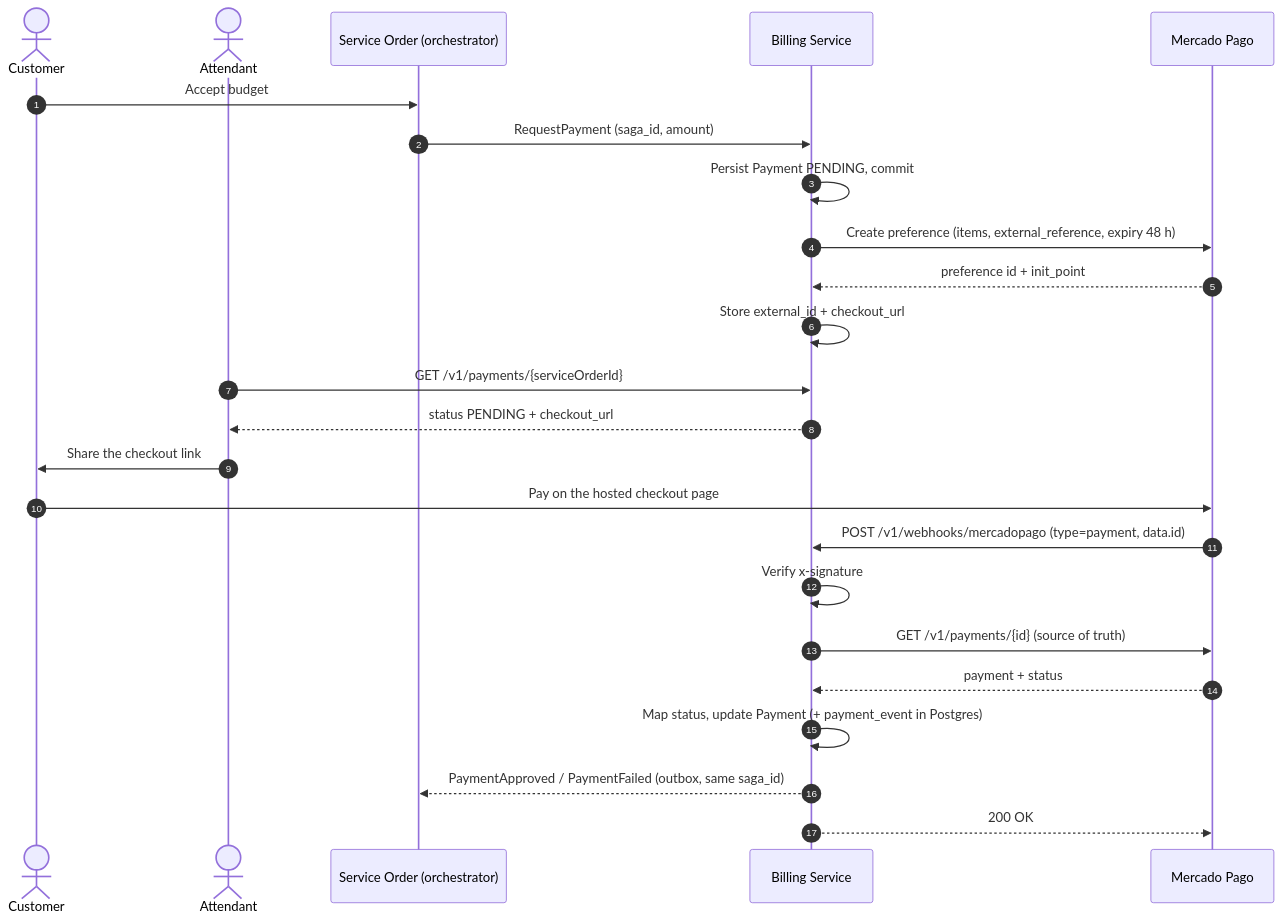
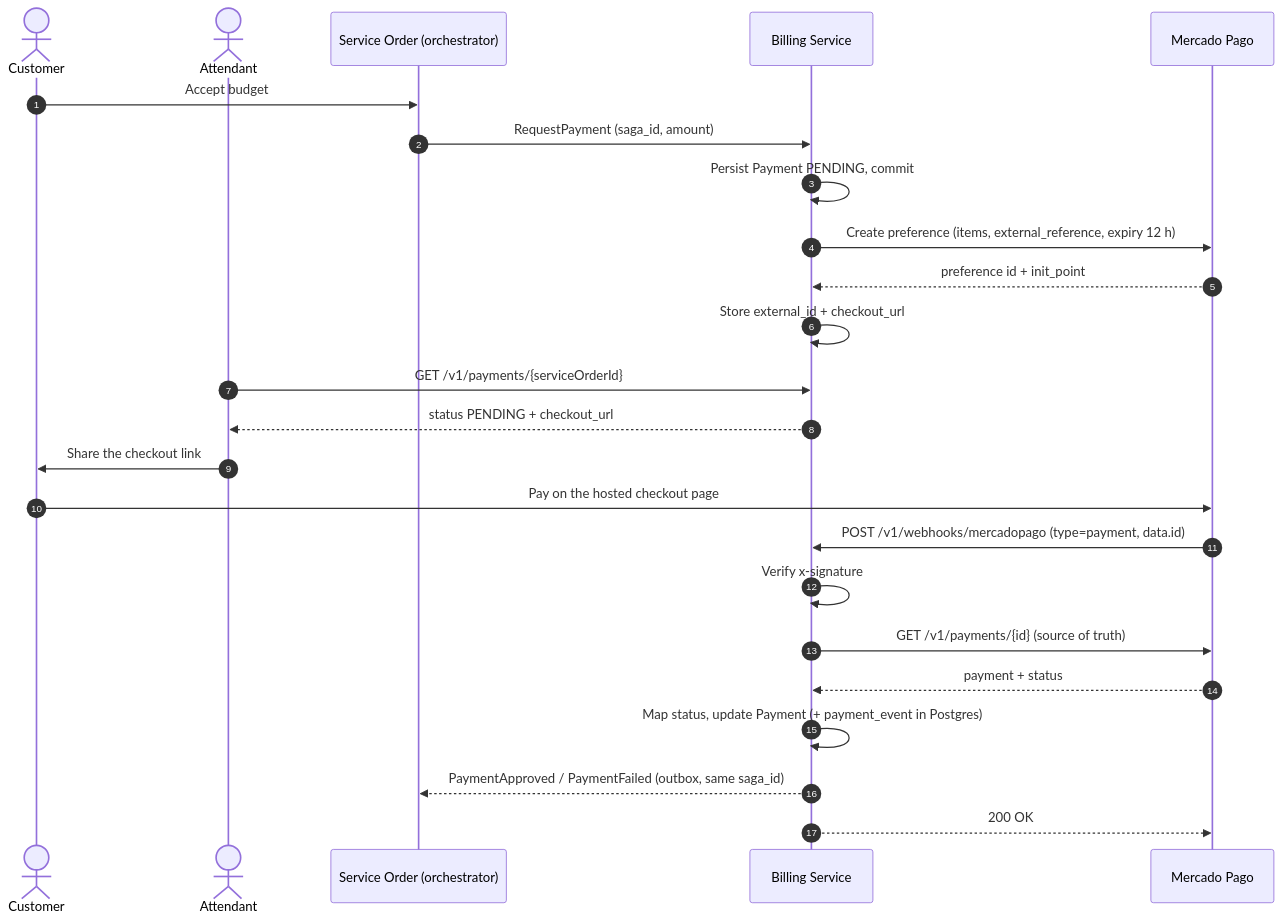
One commit to POS-FIAP-15SOAT-TEAM-DARK-MODE/auto-repair-shop-billing-service changed the diagram in docs/rfc/0001-mercadopago-checkout-integration.md. Above: the diagram before and after it, drawn with Mermaid. The commit also changed other lines of this file and 5 other files, not shown here.

````diff
--- a/docs/rfc/0001-mercadopago-checkout-integration.md
+++ b/docs/rfc/0001-mercadopago-checkout-integration.md
@@ -35,27 +35,27 @@
 ```mermaid
 sequenceDiagram
     autonumber
     actor C as Customer
     actor A as Attendant
     participant SO as Service Order (orchestrator)
     participant B as Billing Service
     participant MP as Mercado Pago
 
     C->>SO: Accept budget
     SO->>B: RequestPayment (saga_id, amount)
     B->>B: Persist Payment PENDING, commit
-    B->>MP: Create preference (items, external_reference, expiry 48 h)
+    B->>MP: Create preference (items, external_reference, expiry 12 h)
     MP-->>B: preference id + init_point
     B->>B: Store external_id + checkout_url
     A->>B: GET /v1/payments/{serviceOrderId}
     B-->>A: status PENDING + checkout_url
     A->>C: Share the checkout link
     C->>MP: Pay on the hosted checkout page
     MP->>B: POST /v1/webhooks/mercadopago (type=payment, data.id)
     B->>B: Verify x-signature
     B->>MP: GET /v1/payments/{id} (source of truth)
     MP-->>B: payment + status
     B->>B: Map status, update Payment (+ payment_event in Postgres)
     B-->>SO: PaymentApproved / PaymentFailed (outbox, same saga_id)
     B-->>MP: 200 OK
 ```
````
